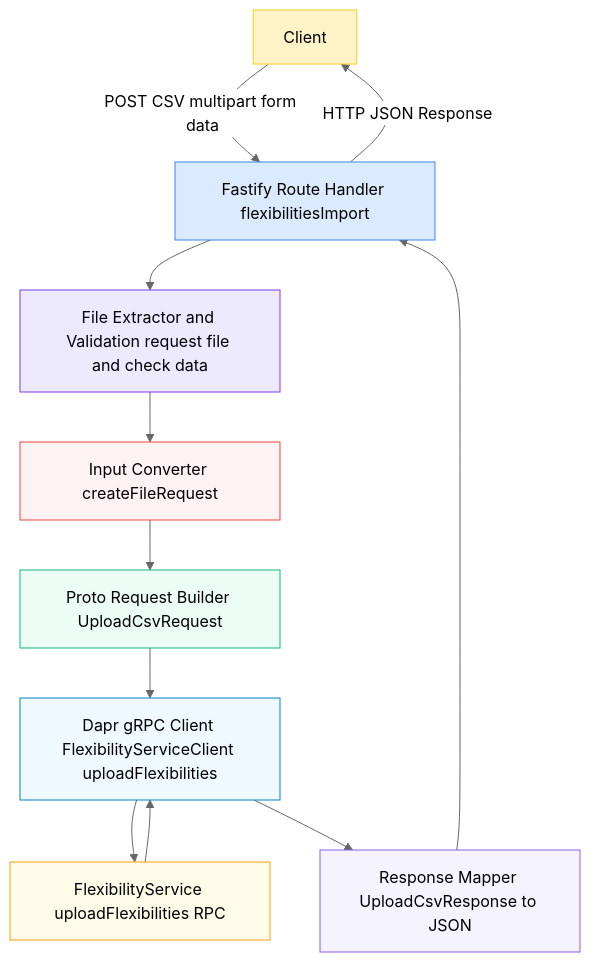
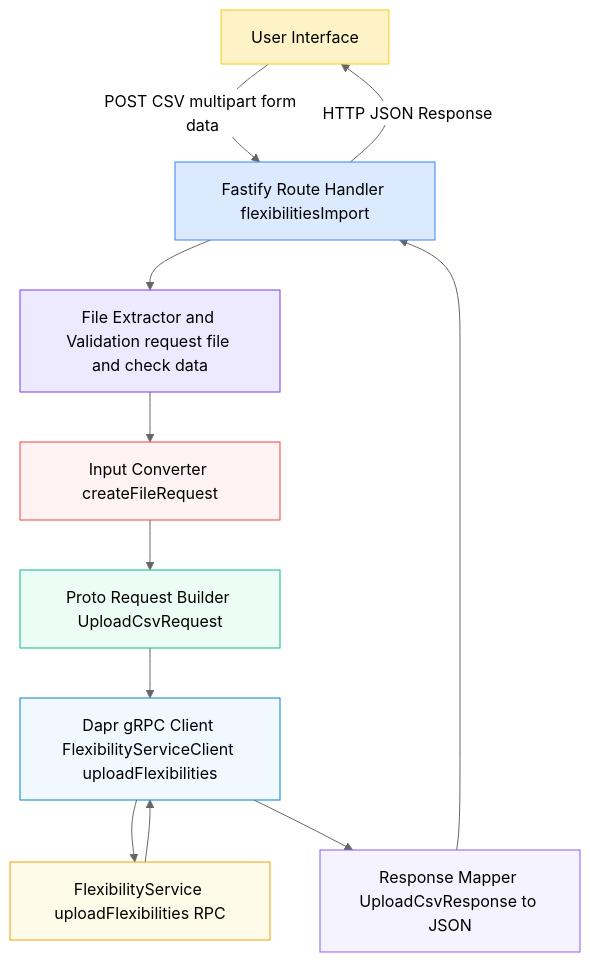
The second of 2 diagrams in app/usecases/fileupload/README.md (sbhrwl/microservices), drawn with Mermaid (neutral theme) before and after one commit.

Commit message:
Update flowchart to reflect user interface changes

````diff
--- a/app/usecases/fileupload/README.md
+++ b/app/usecases/fileupload/README.md
@@ -123,23 +123,23 @@
 ```mermaid
 flowchart TD
-  A[Client] -->|POST CSV multipart form data| B[Fastify Route Handler flexibilitiesImport]
+  A[User Interface] -->|POST CSV multipart form data| B[Fastify Route Handler flexibilitiesImport]
   B --> C[File Extractor and Validation request file and check data]
   C --> D[Input Converter createFileRequest]
   D --> E[Proto Request Builder UploadCsvRequest]
   E --> F[Dapr gRPC Client FlexibilityServiceClient uploadFlexibilities]
   F --> G[FlexibilityService uploadFlexibilities RPC]
   G --> F
   F --> H[Response Mapper UploadCsvResponse to JSON]
   H --> B
   B -->|HTTP JSON Response| A
 
   %% Node colors
   style A fill:#fef3c7,stroke:#facc15,stroke-width:1px
   style B fill:#dbeafe,stroke:#3b82f6,stroke-width:1px
   style C fill:#ede9fe,stroke:#7c3aed,stroke-width:1px
   style D fill:#fef2f2,stroke:#ef4444,stroke-width:1px
   style E fill:#ecfdf5,stroke:#10b981,stroke-width:1px
   style F fill:#f0f9ff,stroke:#0284c7,stroke-width:1px
   style G fill:#fefce8,stroke:#f59e0b,stroke-width:1px
   style H fill:#f5f3ff,stroke:#8b5cf6,stroke-width:1px
 ```
````
